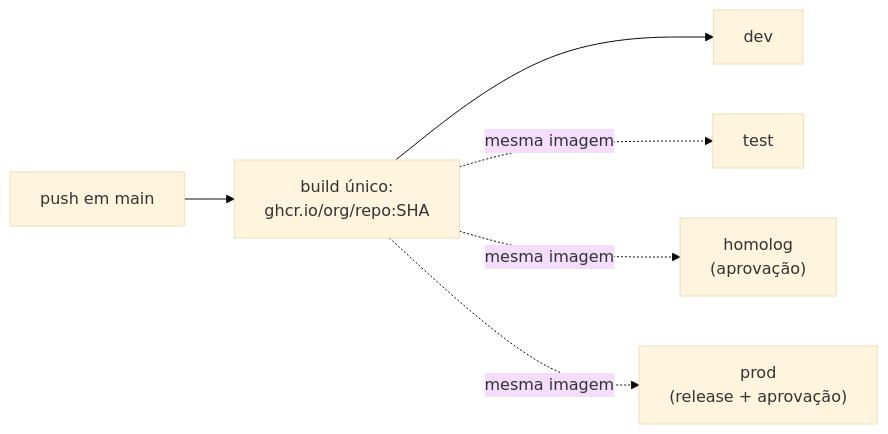
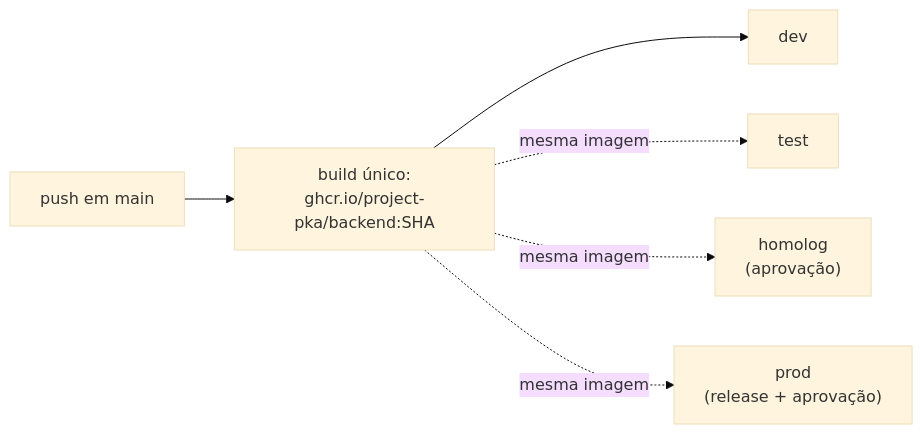
Before and after one commit to Project-PKA/backend: the diagram in DEPLOY.md, drawn with Mermaid (base theme). The commit also changed other lines of this file and 7 other files, not shown here.

````diff
--- a/DEPLOY.md
+++ b/DEPLOY.md
@@ -18,8 +19,8 @@
 ```mermaid
 graph LR
-  M[push em main] --> B["build único:<br/>ghcr.io/org/repo:SHA"]
+  M[push em main] --> B["build único:<br/>ghcr.io/project-pka/backend:SHA"]
   B --> D[dev]
   B -. mesma imagem .-> T[test]
   B -. mesma imagem .-> H["homolog<br/>(aprovação)"]
   B -. mesma imagem .-> P["prod<br/>(release + aprovação)"]
 ```
````
